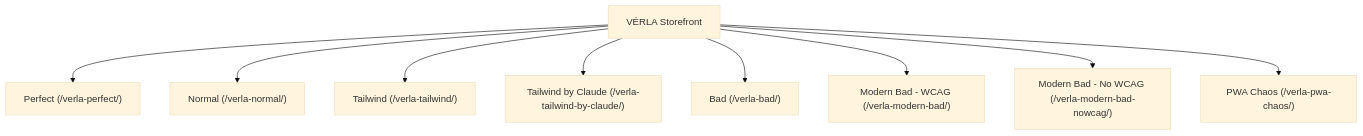
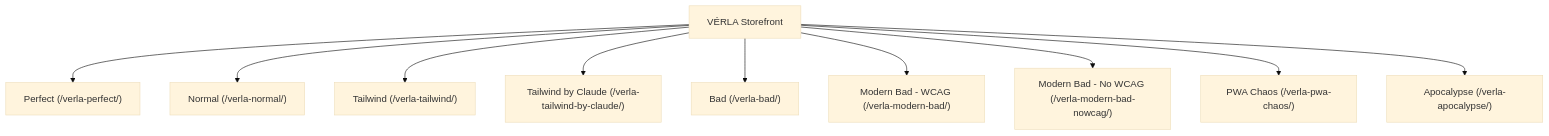
Before and after one commit to Xceptance/neodymium: the diagram in doc/VERLA_DEMO_STORE.md, drawn with Mermaid (base theme). The commit also changed other lines of this file and 23 other files, not shown here.

Commit message:
feat(verla): add VÉRLA Apocalypse adversarial storefront variant and tests

````diff
--- a/doc/VERLA_DEMO_STORE.md
+++ b/doc/VERLA_DEMO_STORE.md
@@ -13,11 +13,12 @@
 ```mermaid
 graph TD
     A[VÉRLA Storefront] --> B["Perfect (/verla-perfect/)"]
     A --> C["Normal (/verla-normal/)"]
     A --> D["Tailwind (/verla-tailwind/)"]
     A --> D2["Tailwind by Claude (/verla-tailwind-by-claude/)"]
     A --> E["Bad (/verla-bad/)"]
     A --> F["Modern Bad - WCAG (/verla-modern-bad/)"]
     A --> G["Modern Bad - No WCAG (/verla-modern-bad-nowcag/)"]
     A --> H["PWA Chaos (/verla-pwa-chaos/)"]
+    A --> I["Apocalypse (/verla-apocalypse/)"]
 ```
````
